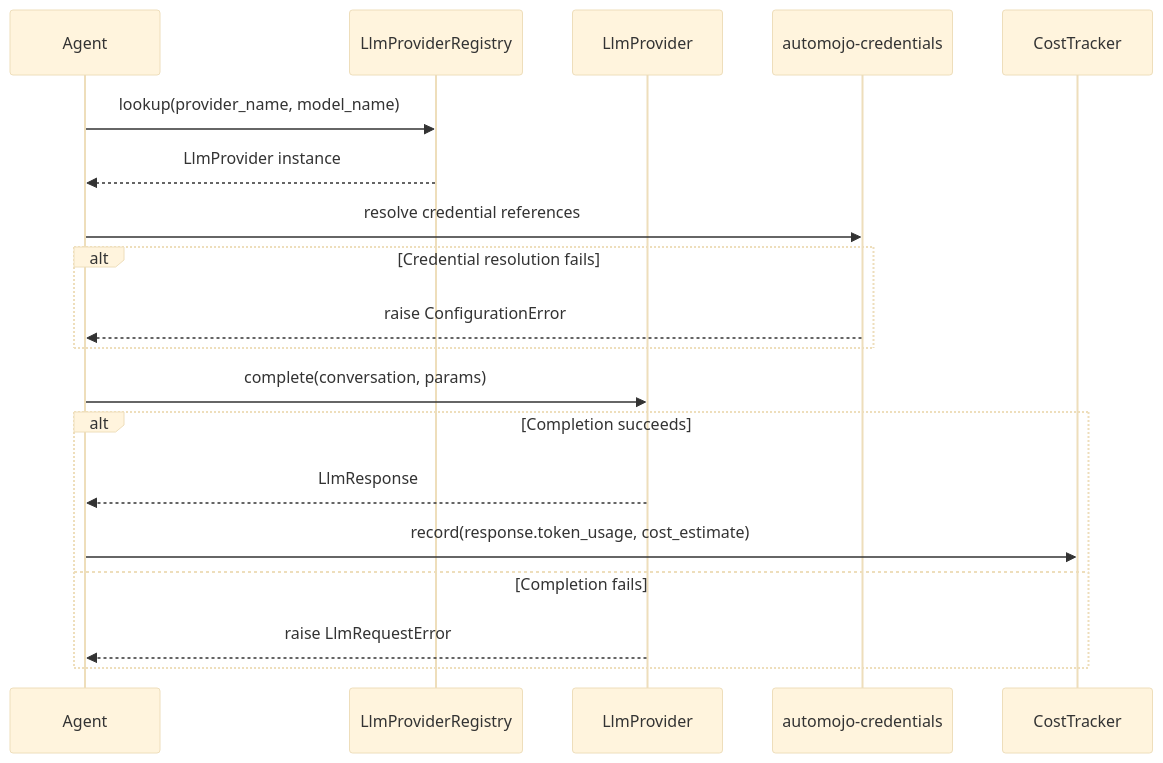
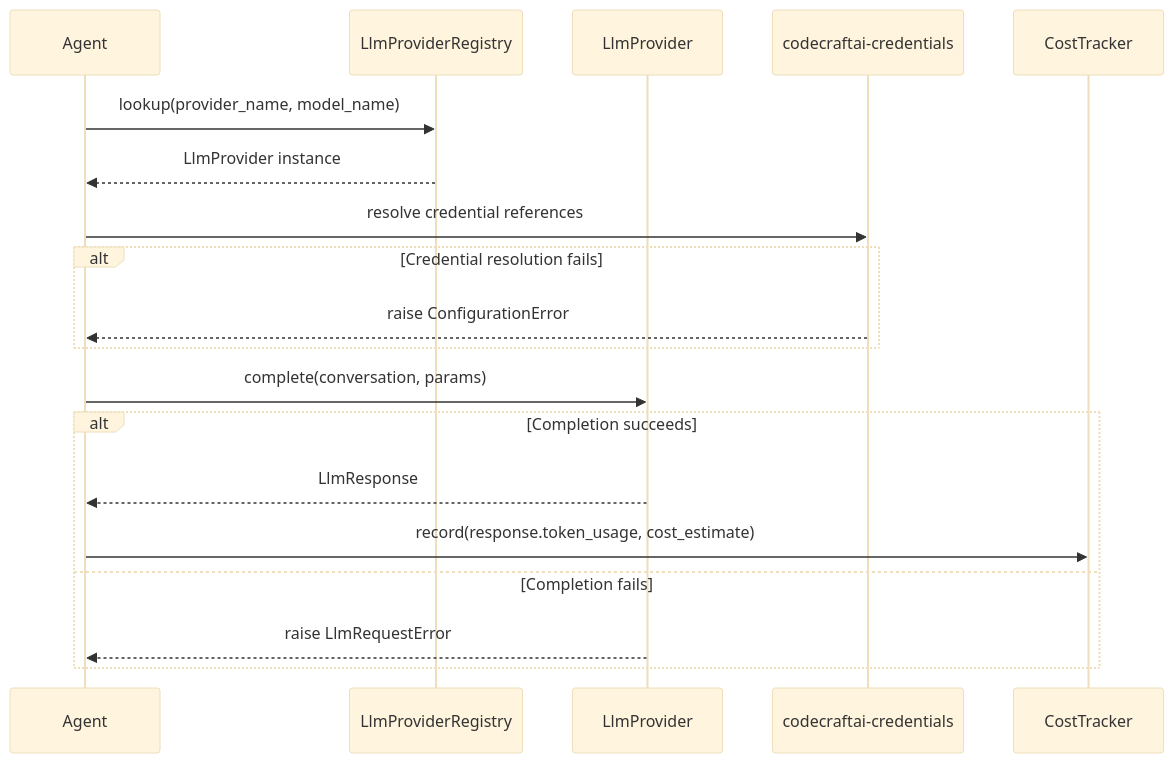
The second of 4 diagrams in specs/llm-integration/design.md (code-craft-ai-company/codecraftai-agent-kit), drawn with Mermaid (base theme) before and after one commit. The commit also changed other lines of this file and 1083 other files, not shown here.

````diff
--- a/specs/llm-integration/design.md
+++ b/specs/llm-integration/design.md
@@ -99,22 +99,22 @@
 ```mermaid
 sequenceDiagram
     participant Agent
     participant Registry as LlmProviderRegistry
     participant Provider as LlmProvider
-    participant Credentials as automojo-credentials
+    participant Credentials as codecraftai-credentials
     participant CostTracker
 
     Agent->>Registry: lookup(provider_name, model_name)
     Registry-->>Agent: LlmProvider instance
     Agent->>Credentials: resolve credential references
     alt Credential resolution fails
         Credentials-->>Agent: raise ConfigurationError
     end
     Agent->>Provider: complete(conversation, params)
     alt Completion succeeds
         Provider-->>Agent: LlmResponse
         Agent->>CostTracker: record(response.token_usage, cost_estimate)
     else Completion fails
         Provider-->>Agent: raise LlmRequestError
     end
 ```
````
